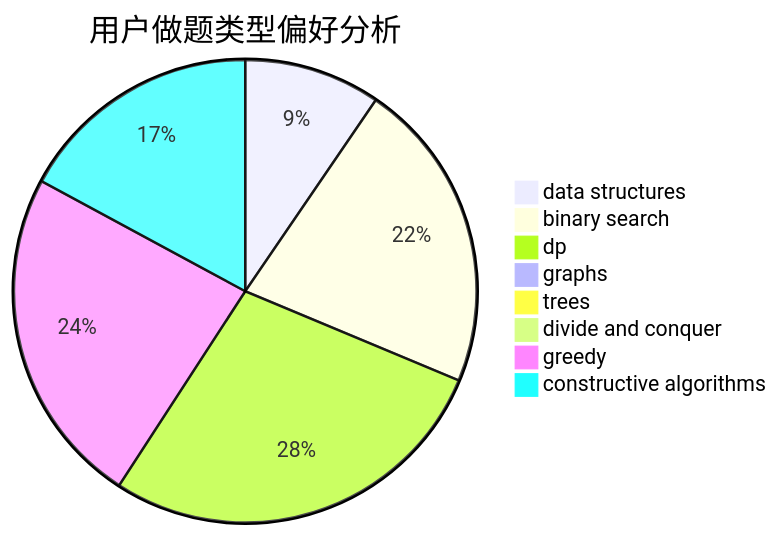
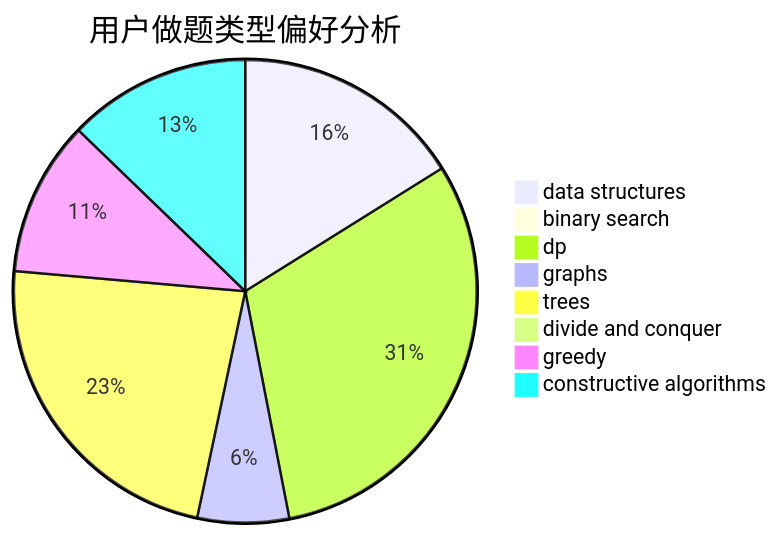
Before and after one commit to sherpahu/cfrs.github.io: the second of 3 diagrams in docs/user/u1040.md, drawn with Mermaid. The commit also changed other lines of this file and 2770 other files, not shown here.

````diff
--- a/docs/user/u1040.md
+++ b/docs/user/u1040.md
@@ -23,11 +23,11 @@
 ```mermaid
 pie title 用户做题类型偏好分析
-    "data structures" :  39
-    "binary search" :  89
-    "dp" :  114
-    "graphs" :  0
-    "trees" :  3
+    "data structures" :  58
+    "binary search" :  2
+    "dp" :  111
+    "graphs" :  23
+    "trees" :  83
     "divide and conquer" :  0
-    "greedy" :  97
-    "constructive algorithms" :  70
+    "greedy" :  39
+    "constructive algorithms" :  46
 ```
````
